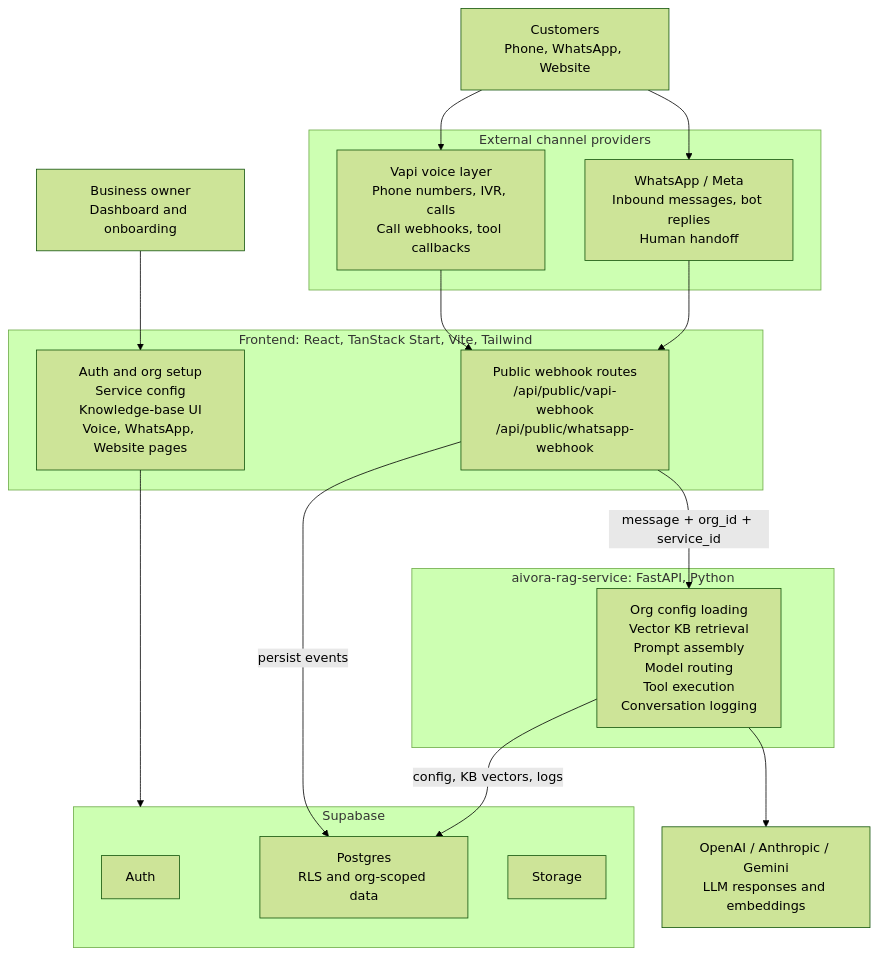
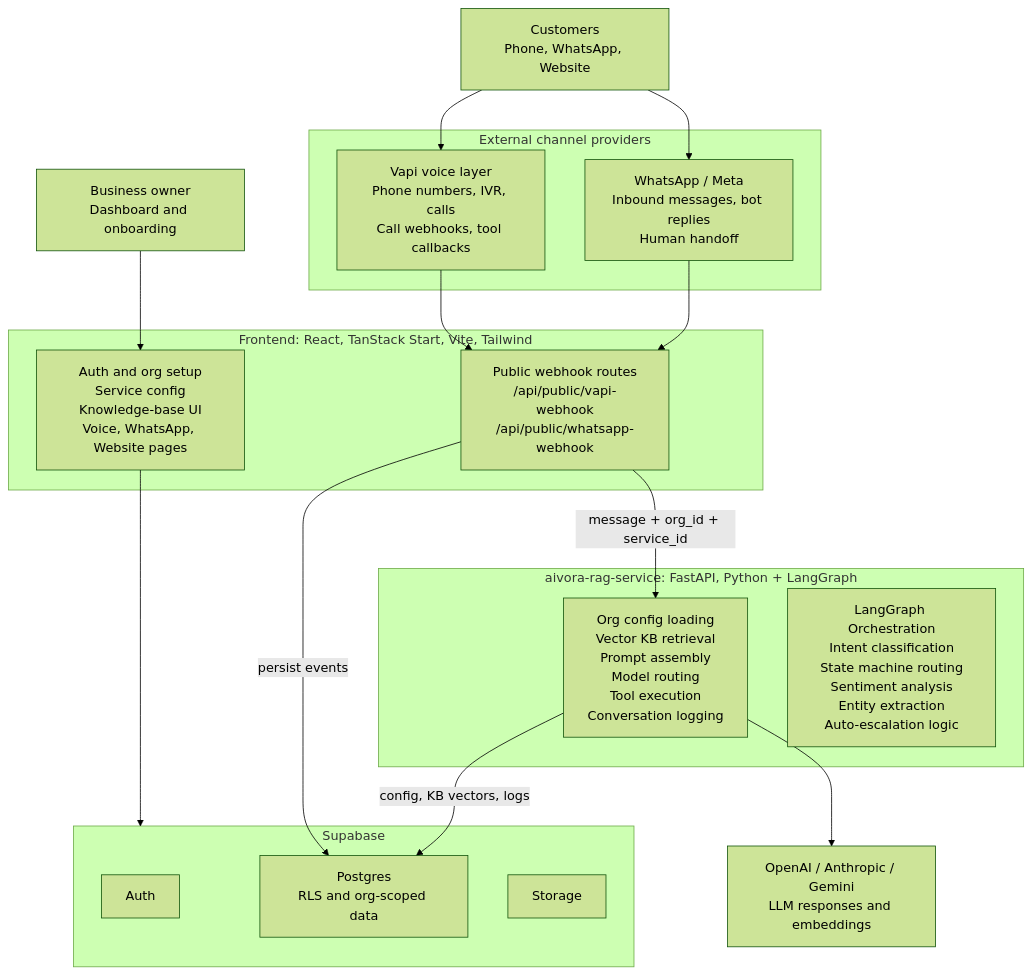
The first of 10 diagrams in README.md (DhairyaDxt/Aivora), drawn with Mermaid (forest theme) before and after one commit. The commit also changed other lines of this file and 29 other files, not shown here.

````diff
--- a/README.md
+++ b/README.md
@@ -59,38 +59,39 @@
 ```mermaid
 flowchart TB
   Owner["Business owner<br/>Dashboard and onboarding"]
   Customer["Customers<br/>Phone, WhatsApp, Website"]
 
   subgraph FE["Frontend: React, TanStack Start, Vite, Tailwind"]
     UI["Auth and org setup<br/>Service config<br/>Knowledge-base UI<br/>Voice, WhatsApp, Website pages"]
     WH["Public webhook routes<br/>/api/public/vapi-webhook<br/>/api/public/whatsapp-webhook"]
   end
 
   subgraph Providers["External channel providers"]
     Vapi["Vapi voice layer<br/>Phone numbers, IVR, calls<br/>Call webhooks, tool callbacks"]
     WA["WhatsApp / Meta<br/>Inbound messages, bot replies<br/>Human handoff"]
   end
 
   subgraph SB["Supabase"]
     Auth["Auth"]
     PG["Postgres<br/>RLS and org-scoped data"]
     Storage["Storage"]
   end
 
-  subgraph RAG["aivora-rag-service: FastAPI, Python"]
+  subgraph RAG["aivora-rag-service: FastAPI, Python + LangGraph"]
     Orch["Org config loading<br/>Vector KB retrieval<br/>Prompt assembly<br/>Model routing<br/>Tool execution<br/>Conversation logging"]
+    LG["LangGraph Orchestration<br/>Intent classification<br/>State machine routing<br/>Sentiment analysis<br/>Entity extraction<br/>Auto-escalation logic"]
   end
 
   LLM["OpenAI / Anthropic / Gemini<br/>LLM responses and embeddings"]
 
   Owner --> UI
   Customer --> Vapi
   Customer --> WA
   UI --> SB
   Vapi --> WH
   WA --> WH
   WH -->|"persist events"| PG
   WH -->|"message + org_id + service_id"| Orch
   Orch -->|"config, KB vectors, logs"| PG
   Orch --> LLM
 ```
````
